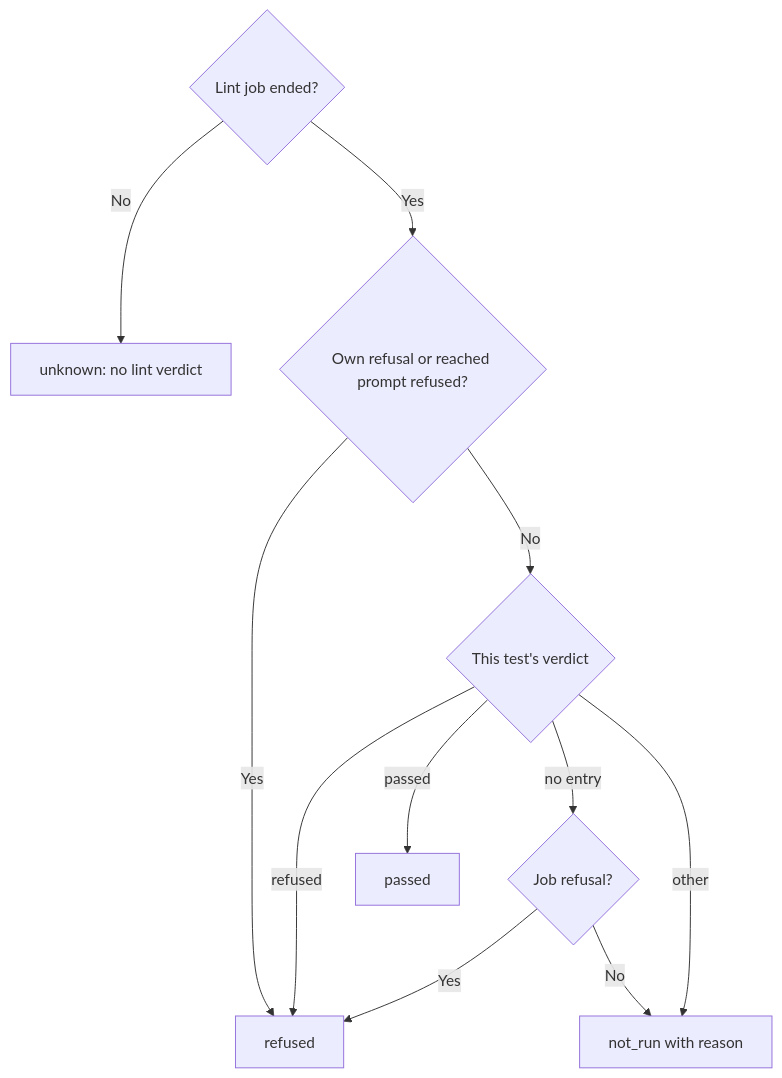
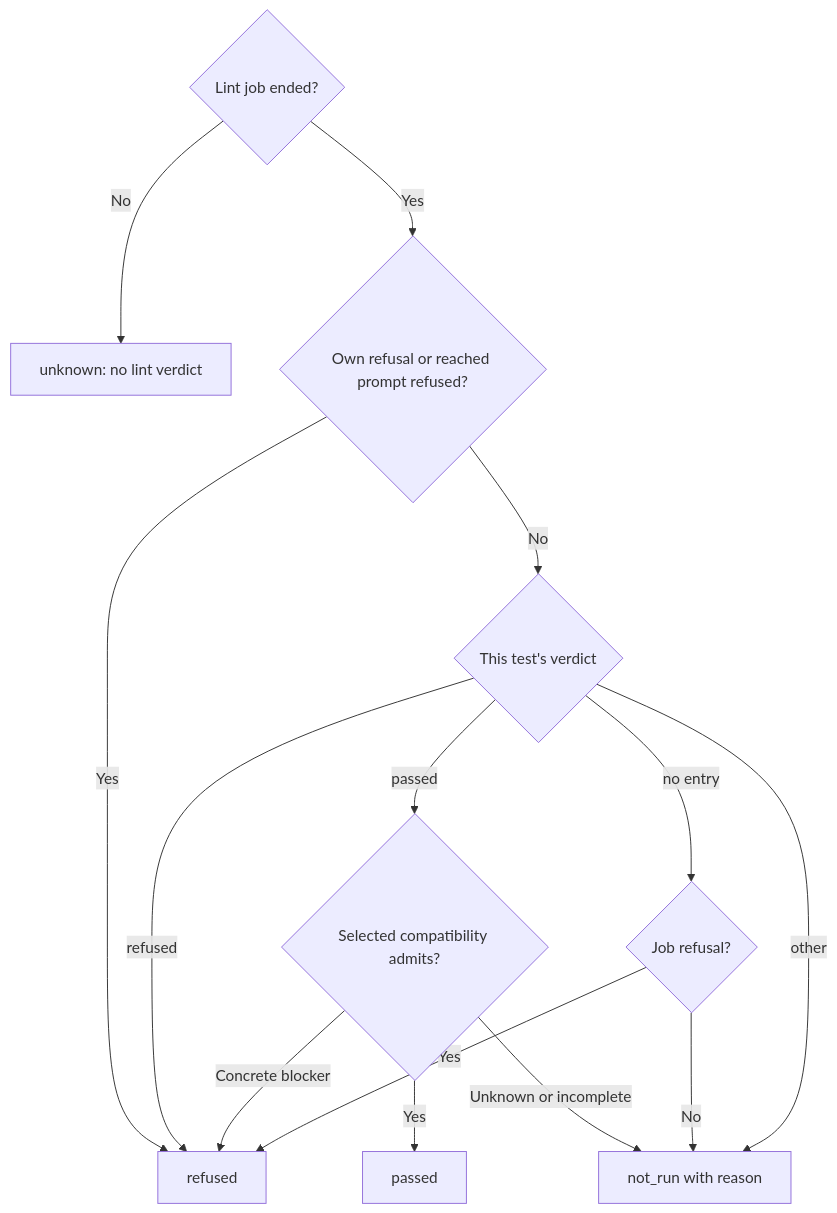
The diagram in prompts/cli/runtime-outcome.prompt.md (promptdriven/pdd), drawn with Mermaid before and after one commit. The commit also changed other lines of this file and 7 other files, not shown here.

Commit message:
Draft selected interpreter compatibility contract and cases

````diff
--- a/prompts/cli/runtime-outcome.prompt.md
+++ b/prompts/cli/runtime-outcome.prompt.md
@@ -49,13 +49,16 @@
 ```mermaid
 flowchart TD
     A{Lint job ended?} -->|No| U[unknown: no lint verdict]
     A -->|Yes| R{Own refusal or reached prompt refused?}
     R -->|Yes| F[refused]
     R -->|No| V{This test's verdict}
     V -->|refused| F
-    V -->|passed| P[passed]
+    V -->|passed| C{Selected compatibility admits?}
+    C -->|Yes| P[passed]
+    C -->|Concrete blocker| F
+    C -->|Unknown or incomplete| N
     V -->|no entry| J{Job refusal?}
     J -->|Yes| F
     J -->|No| N[not_run with reason]
     V -->|other| N
 ```
````
